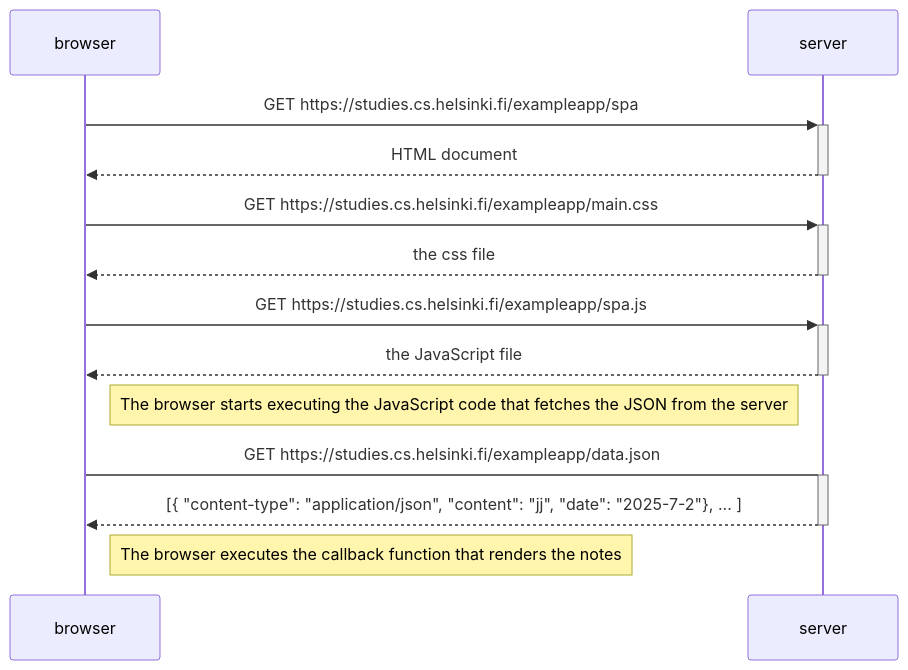
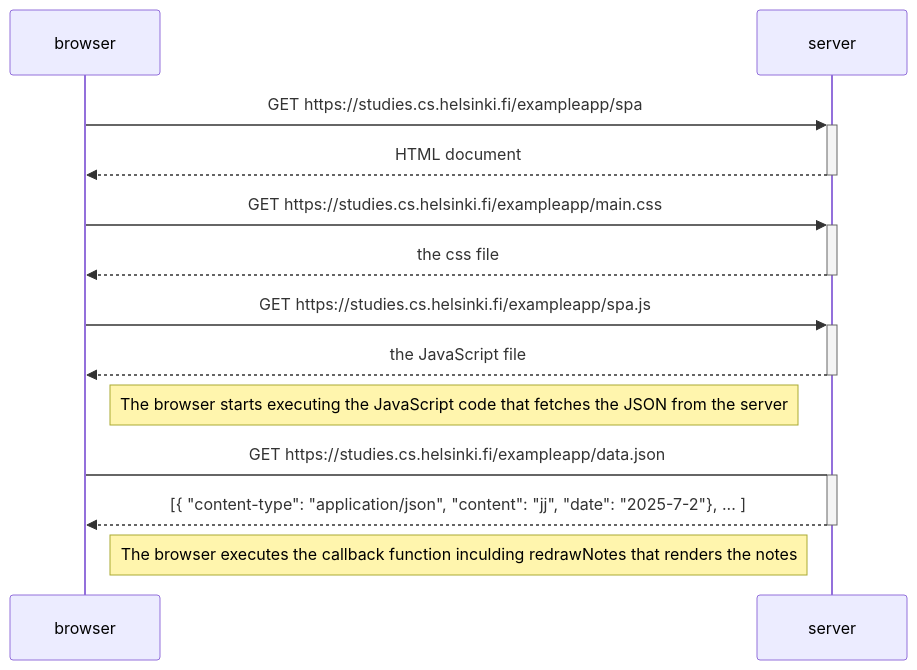
One commit to nhaefner/fullstackopen changed the diagram in part0/exercise-0.5.md. Above: the diagram before and after it, drawn with Mermaid.

````diff
--- a/part0/exercise-0.5.md
+++ b/part0/exercise-0.5.md
@@ -1,18 +1,18 @@
 ```mermaid
 
 sequenceDiagram
         participant browser
         participant server
 
         browser->>+server: GET https://studies.cs.helsinki.fi/exampleapp/spa
         server-->>-browser: HTML document
         browser->>+server: GET https://studies.cs.helsinki.fi/exampleapp/main.css
         server-->>-browser: the css file
         browser->>+server: GET https://studies.cs.helsinki.fi/exampleapp/spa.js
         server-->>-browser: the JavaScript file
         Note right of browser: The browser starts executing the JavaScript code that fetches the JSON from the server
         browser->+server: GET https://studies.cs.helsinki.fi/exampleapp/data.json
         server-->>-browser: [{ "content-type": "application/json", "content": "jj", "date": "2025-7-2"}, ... ]
-        Note right of browser: The browser executes the callback function that renders the notes
+        Note right of browser: The browser executes the callback function inculding redrawNotes that renders the notes
 
 ```
````
